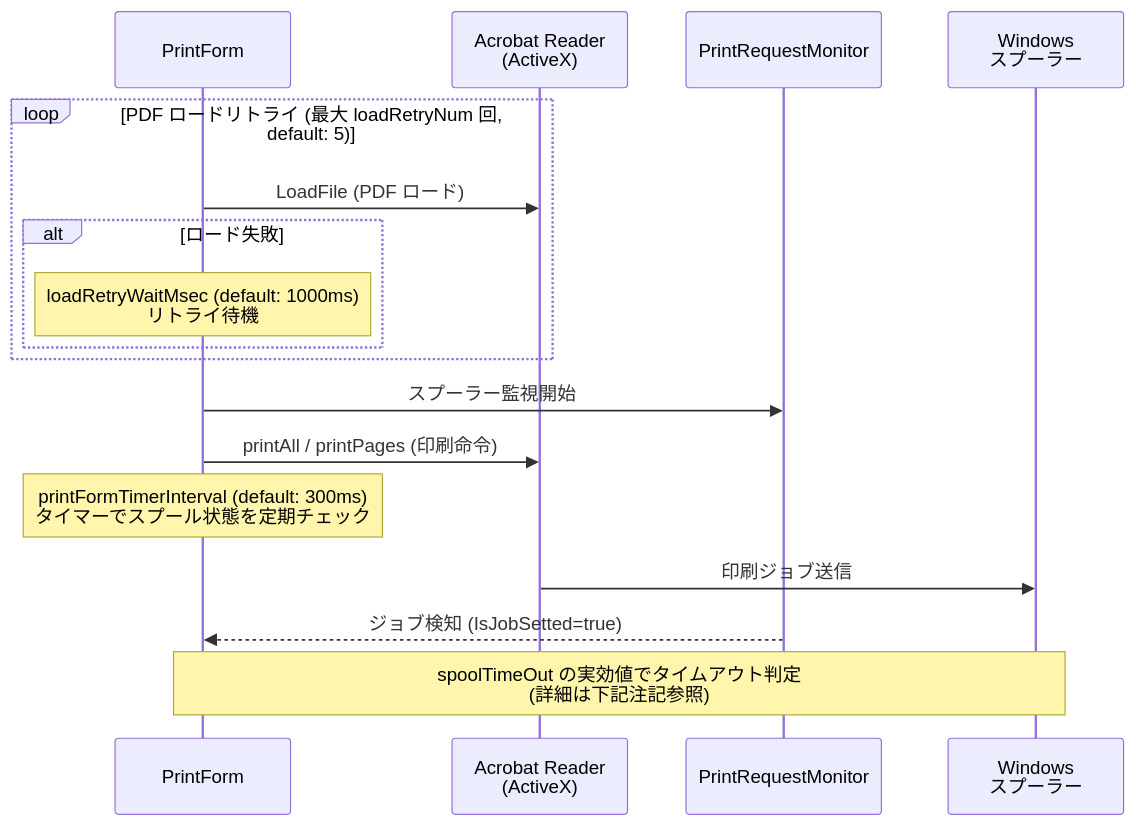
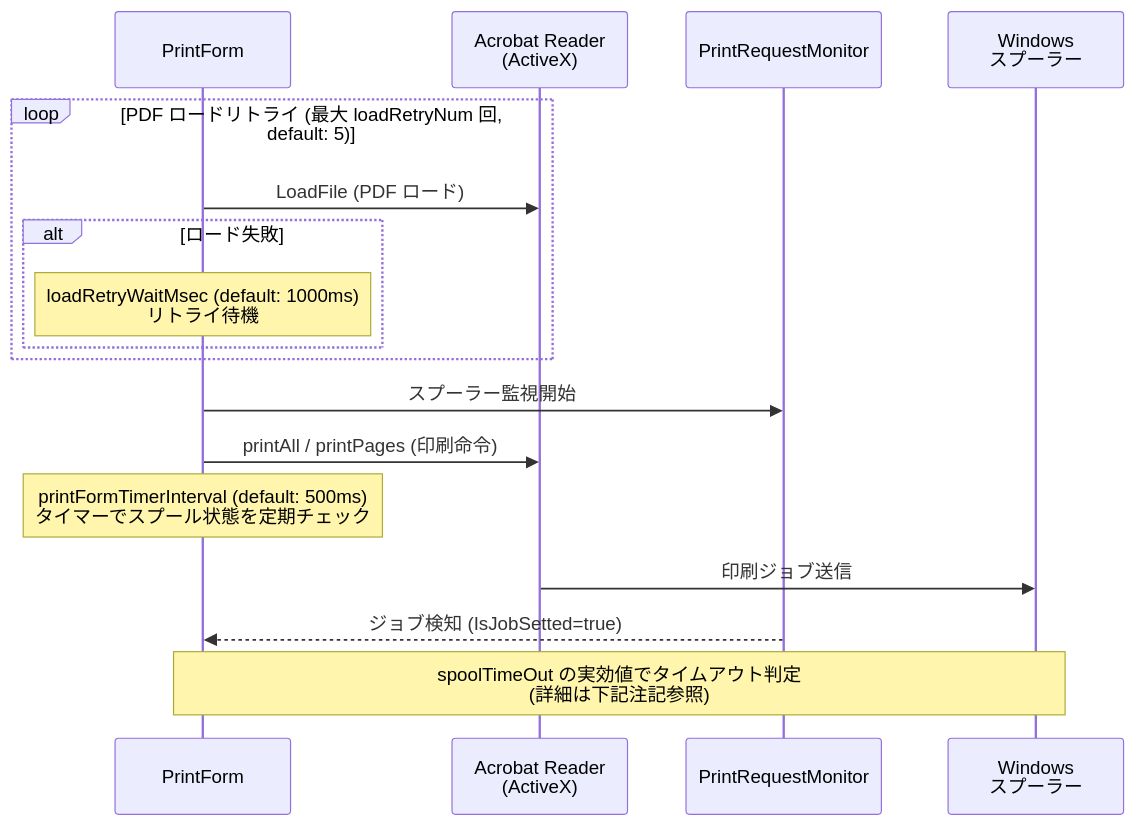
One commit to biz-Stream/bizprint changed the sixth of 10 diagrams in docs/architecture.md. Above: the diagram before and after it, drawn with Mermaid. The commit also changed other lines of this file and 5 other files, not shown here.

First line of the commit message:
printFormTimerInterval のデフォルト値を 500ms に変更

````diff
--- a/docs/architecture.md
+++ b/docs/architecture.md
@@ -180,20 +180,20 @@
 ```mermaid
 sequenceDiagram
     participant PF as PrintForm
     participant Acrobat as Acrobat Reader<br/>(ActiveX)
     participant Mon as PrintRequestMonitor
     participant Spool as Windows<br/>スプーラー
 
     loop PDF ロードリトライ (最大 loadRetryNum 回, default: 5)
         PF ->> Acrobat: LoadFile (PDF ロード)
         alt ロード失敗
             Note over PF: loadRetryWaitMsec (default: 1000ms)<br/>リトライ待機
         end
     end
     PF ->> Mon: スプーラー監視開始
     PF ->> Acrobat: printAll / printPages (印刷命令)
-    Note over PF: printFormTimerInterval (default: 300ms)<br/>タイマーでスプール状態を定期チェック
+    Note over PF: printFormTimerInterval (default: 500ms)<br/>タイマーでスプール状態を定期チェック
     Acrobat ->> Spool: 印刷ジョブ送信
     Mon -->> PF: ジョブ検知 (IsJobSetted=true)
     Note over PF,Spool: spoolTimeOut の実効値でタイムアウト判定<br/>(詳細は下記注記参照)
 ```
````
